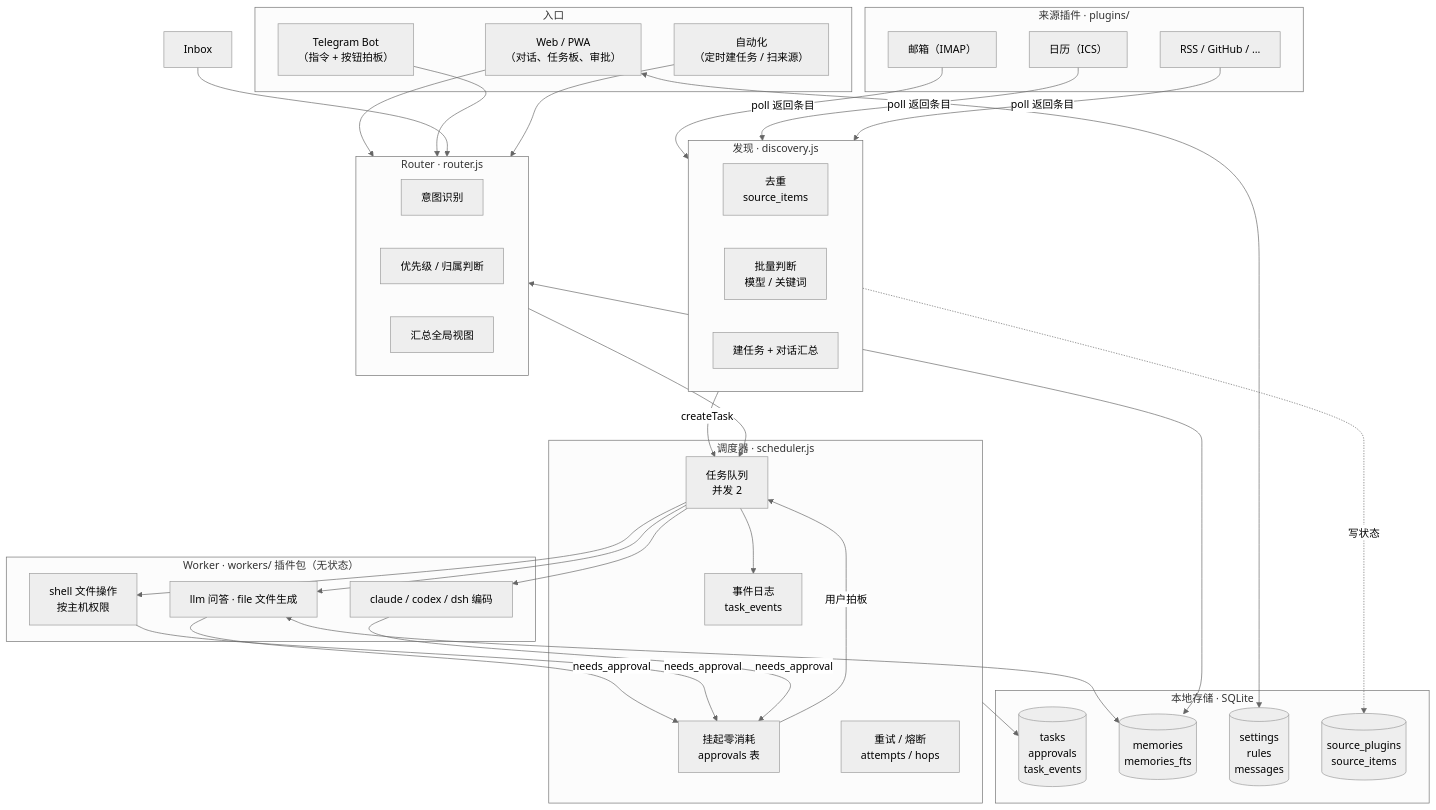
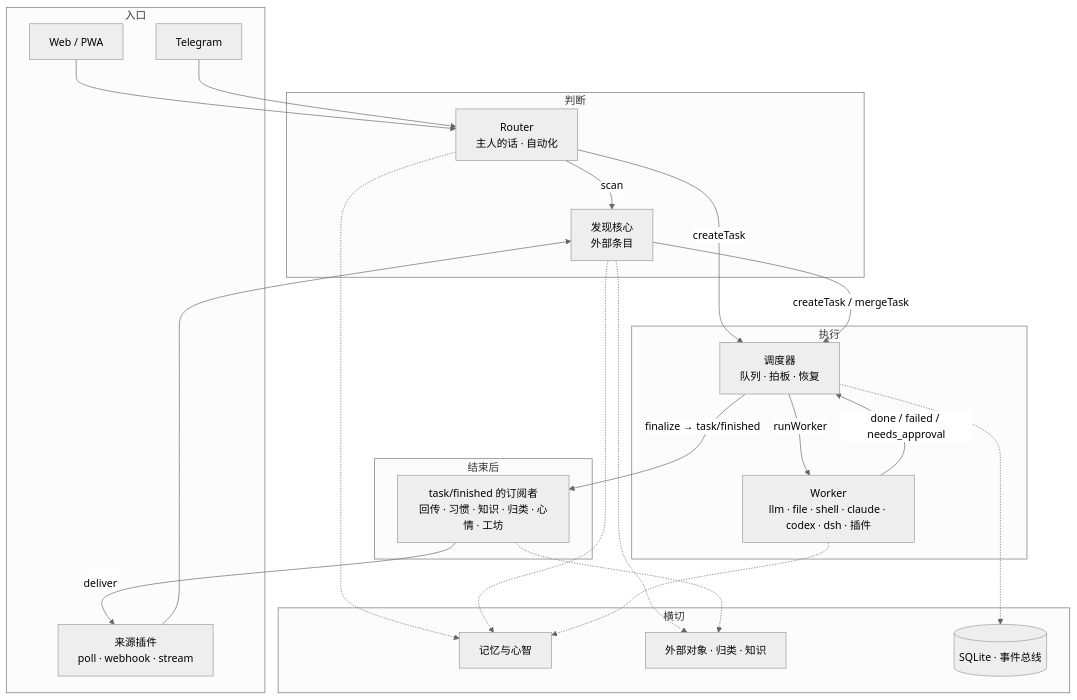
One commit to MrChenJingWei/jingjing changed the diagram in docs/ARCHITECTURE.md. Above: the diagram before and after it, drawn with Mermaid (neutral theme). The commit also changed other lines of this file and 15 other files, not shown here.

First line of the commit message:
docs: 架构文档按模块拆分，重画架构图，清理旧截图

````diff
--- a/docs/ARCHITECTURE.md
+++ b/docs/ARCHITECTURE.md
@@ -11,63 +15,41 @@
 ```mermaid
 flowchart TB
-  subgraph Channels["入口"]
-    Web["Web / PWA<br/>（对话、任务板、审批）"]
-    TG["Telegram Bot<br/>（指令 + 按钮拍板）"]
-    Rule["自动化<br/>（定时建任务 / 扫来源）"]
+  subgraph L1["入口"]
+    Web["Web / PWA"]
+    TG["Telegram"]
+    Src["来源插件<br/>poll · webhook · stream"]
   end
 
-  subgraph Sources["来源插件 · plugins/"]
-    Email["邮箱（IMAP）"]
-    Cal["日历（ICS）"]
-    More["RSS / GitHub / …"]
+  subgraph L2["判断"]
+    Router["Router<br/>主人的话 · 自动化"]
+    Disc["发现核心<br/>外部条目"]
   end
 
-  subgraph Discovery["发现 · discovery.js"]
-    D1["去重<br/>source_items"]
-    D2["批量判断<br/>模型 / 关键词"]
-    D3["建任务 + 对话汇总"]
+  subgraph L3["执行"]
+    Sch["调度器<br/>队列 · 拍板 · 恢复"]
+    W["Worker<br/>llm · file · shell · claude · codex · dsh · 插件"]
   end
 
-  subgraph Router["Router · router.js"]
-    R1["意图识别"]
-    R2["优先级 / 归属判断"]
-    R3["汇总全局视图"]
+  subgraph L4["结束后"]
+    Down["task/finished 的订阅者<br/>回传 · 习惯 · 知识 · 归类 · 心情 · 工坊"]
   end
 
-  subgraph Scheduler["调度器 · scheduler.js"]
-    Q["任务队列<br/>并发 2"]
-    P["挂起零消耗<br/>approvals 表"]
-    E["事件日志<br/>task_events"]
-    H["重试 / 熔断<br/>attempts / hops"]
+  subgraph X["横切"]
+    Mem["记忆与心智"]
+    Ext["外部对象 · 归类 · 知识"]
+    Store[("SQLite · 事件总线")]
   end
 
-  subgraph Workers["Worker · workers/ 插件包（无状态）"]
-    W1["llm 问答 · file 文件生成"]
-    W2["shell 文件操作<br/>按主机权限"]
-    W3["claude / codex / dsh 编码"]
-  end
-
-  subgraph Store["本地存储 · SQLite"]
-    T[("tasks<br/>approvals<br/>task_events")]
-    M[("memories<br/>memories_fts")]
-    S[("settings<br/>rules<br/>messages")]
-    P2[("source_plugins<br/>source_items")]
-  end
-
-  Web --> Router
-  TG --> Router
-  Inbox --> Router
-  Rule --> Router
-  Email & Cal & More -->|poll 返回条目| Discovery
-  Discovery -->|createTask| Q
-  Discovery -.->|写状态| P2
-  Router --> Q
-  Q --> W1 & W2 & W3
-  W1 & W2 & W3 -- "needs_approval" --> P
-  P -- "用户拍板" --> Q
-  Q --> E
-  Router <--> M
-  W1 <--> M
-  Scheduler --> T
-  Web <--> S
+  Web & TG --> Router
+  Src --> Disc
+  Router -->|scan| Disc
+  Router -->|createTask| Sch
+  Disc -->|createTask / mergeTask| Sch
+  Sch -->|runWorker| W
+  W -->|done / failed / needs_approval| Sch
+  Sch -->|finalize → task/finished| Down
+  Down -->|deliver| Src
+  Router & Disc & W -.-> Mem
+  Disc & Down -.-> Ext
+  Sch -.-> Store
 ```
````
